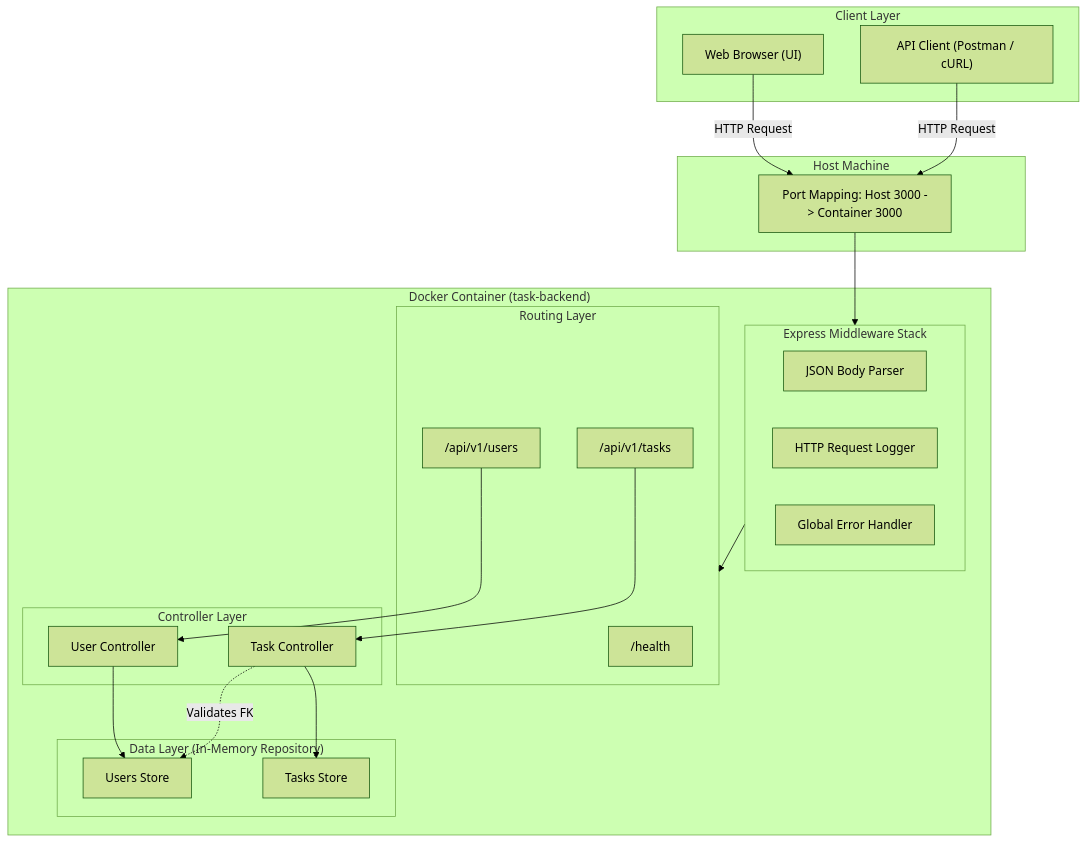
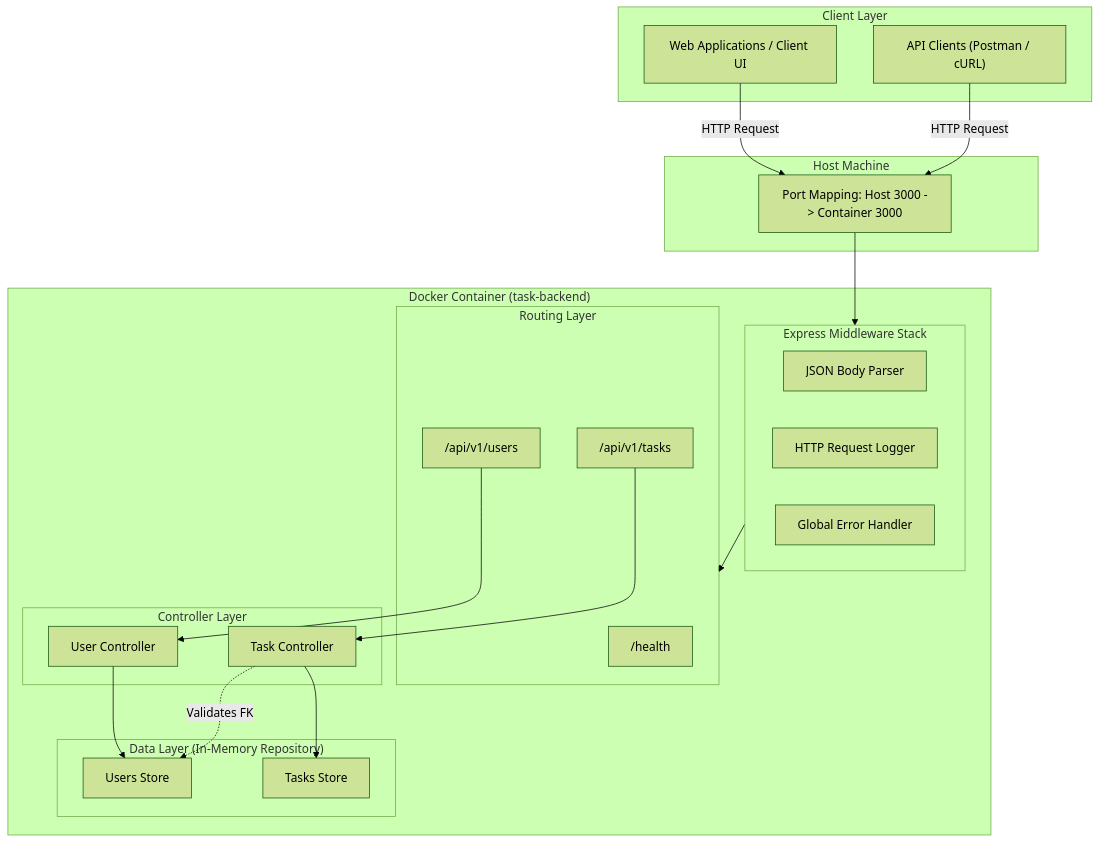
The diagram in README.md (a-rasouly/uni), drawn with Mermaid (forest theme) before and after one commit. The commit also changed other lines of this file and 5 other files, not shown here.

````diff
--- a/README.md
+++ b/README.md
@@ -78,45 +35,45 @@
 ```mermaid
 flowchart TD
     subgraph Client["Client Layer"]
-        Browser["Web Browser (UI)"]
-        Postman["API Client (Postman / cURL)"]
+        Browser["Web Applications / Client UI"]
+        Postman["API Clients (Postman / cURL)"]
     end
 
     subgraph Host["Host Machine"]
         PortMap["Port Mapping: Host 3000 -> Container 3000"]
     end
 
     subgraph Container["Docker Container (task-backend)"]
         subgraph Middlewares["Express Middleware Stack"]
             JSONParser["JSON Body Parser"]
             Logger["HTTP Request Logger"]
             ErrHandler["Global Error Handler"]
         end
 
         subgraph Routes["Routing Layer"]
             HealthR["/health"]
             UsersR["/api/v1/users"]
             TasksR["/api/v1/tasks"]
         end
 
         subgraph Controllers["Controller Layer"]
             UserCtrl["User Controller"]
             TaskCtrl["Task Controller"]
         end
 
         subgraph Store["Data Layer (In-Memory Repository)"]
             UserDB["Users Store"]
             TaskDB["Tasks Store"]
         end
     end
 
     Browser -->|HTTP Request| PortMap
     Postman -->|HTTP Request| PortMap
     PortMap --> Middlewares
     Middlewares --> Routes
     UsersR --> UserCtrl
     TasksR --> TaskCtrl
     UserCtrl --> UserDB
     TaskCtrl --> TaskDB
     TaskCtrl -.->|Validates FK| UserDB
 ```
````
